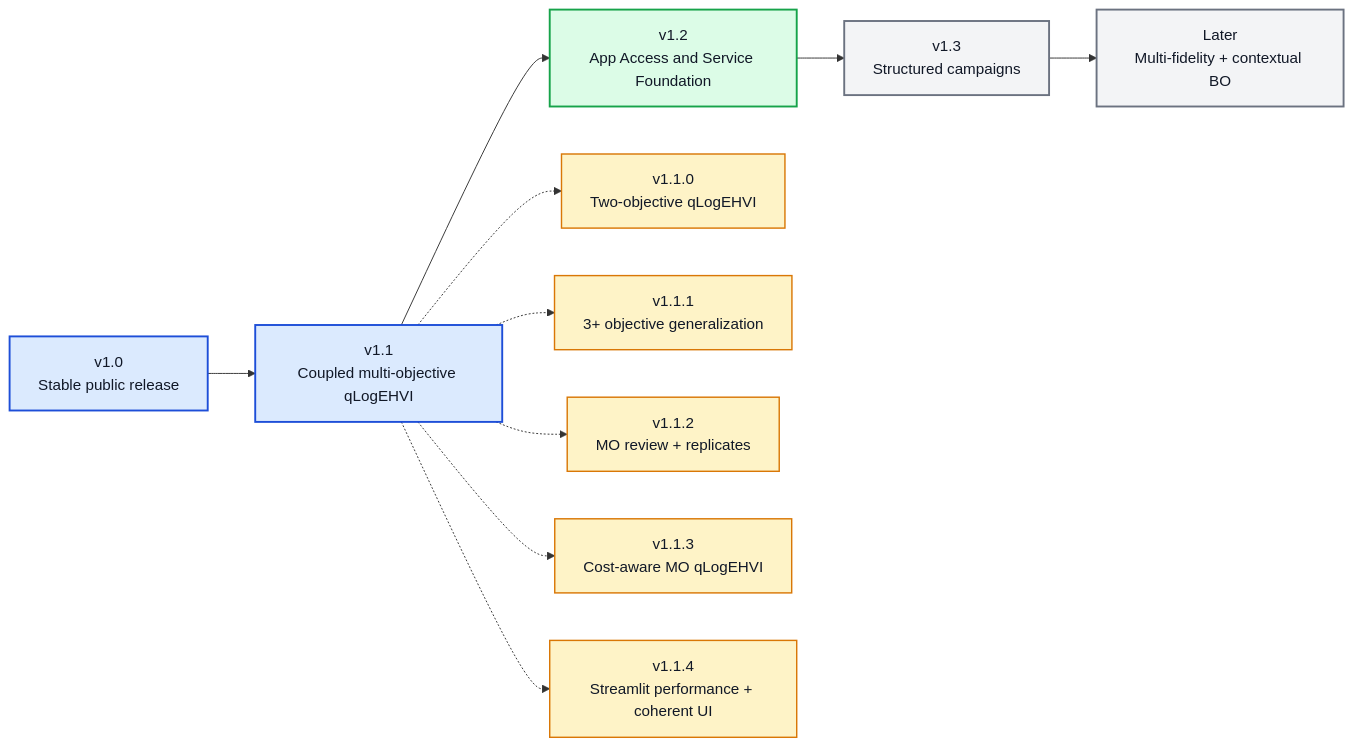
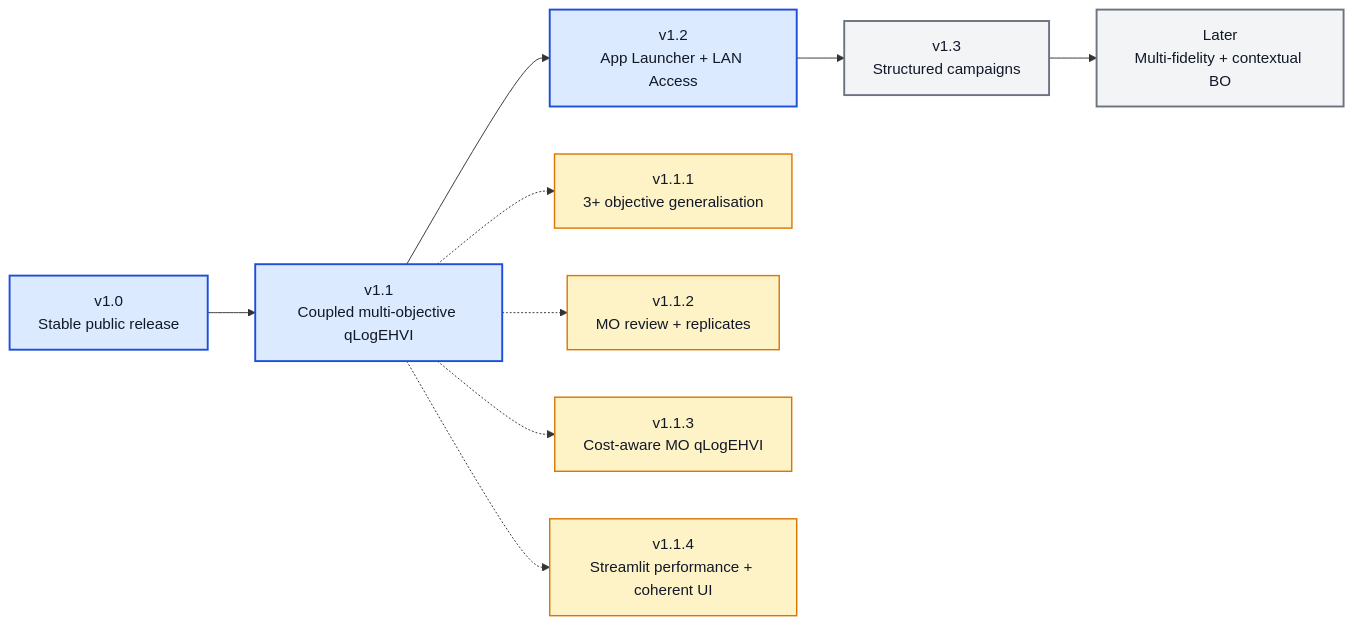
One commit to angzeli/bo-forge changed the diagram in ROADMAP_V1_X.md. Above: the diagram before and after it, drawn with Mermaid. The commit also changed other lines of this file and 18 other files, not shown here.

Commit message:
v1.2.0 update: app launcher hardening

````diff
--- a/ROADMAP_V1_X.md
+++ b/ROADMAP_V1_X.md
@@ -7,26 +7,22 @@
 ```mermaid
 flowchart LR
-    v10["v1.0<br/>Stable public release"] --> v11["v1.1<br/>Coupled multi-objective qLogEHVI"] --> v12["v1.2<br/>App Access and Service Foundation"] --> v13["v1.3<br/>Structured campaigns"] --> later["Later<br/>Multi-fidelity + contextual BO"]
+    v10["v1.0<br/>Stable public release"] --> v11["v1.1<br/>Coupled multi-objective qLogEHVI"] --> v12["v1.2<br/>App Launcher + LAN Access"] --> v13["v1.3<br/>Structured campaigns"] --> later["Later<br/>Multi-fidelity + contextual BO"]
 
-    v110["v1.1.0<br/>Two-objective qLogEHVI"]
-    v111["v1.1.1<br/>3+ objective generalization"]
+    v111["v1.1.1<br/>3+ objective generalisation"]
     v112["v1.1.2<br/>MO review + replicates"]
     v113["v1.1.3<br/>Cost-aware MO qLogEHVI"]
     v114["v1.1.4<br/>Streamlit performance + coherent UI"]
-
-    v11 -.-> v110
+    
     v11 -.-> v111
     v11 -.-> v112
     v11 -.-> v113
     v11 -.-> v114
 
-    class v10,v11 majorDone
-    class v12 majorNext
+    class v10,v11,v12 majorDone
     class v13,later majorFuture
-    class v110,v111,v112,v113,v114 patchDone
+    class v110,v111,v112,v113,v114,v120 patchDone
 
     classDef majorDone fill:#dbeafe,stroke:#1d4ed8,stroke-width:2px,color:#111827;
-    classDef majorNext fill:#dcfce7,stroke:#16a34a,stroke-width:2px,color:#111827;
     classDef majorFuture fill:#f3f4f6,stroke:#6b7280,stroke-width:2px,color:#111827;
     classDef patchDone fill:#fef3c7,stroke:#d97706,stroke-width:1.5px,color:#111827;
 ```
````
